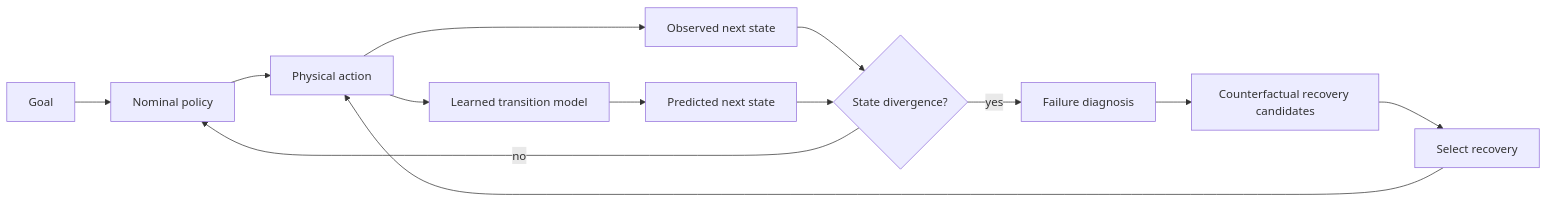
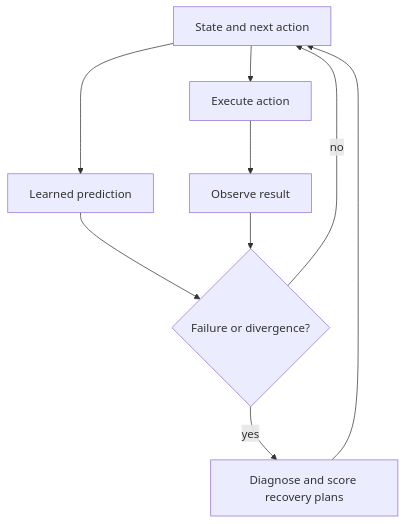
Before and after one commit to sylvesterkaczmarek/self-healing-embodied-agents: the diagram in README.md, drawn with Mermaid. The commit also changed other lines of this file and 40 other files, not shown here.

````diff
--- a/README.md
+++ b/README.md
@@ -16,15 +16,11 @@
 ```mermaid
-flowchart LR
-    A[Goal] --> B[Nominal policy]
-    B --> C[Physical action]
-    C --> D[Observed next state]
-    C --> E[Learned transition model]
-    E --> F[Predicted next state]
-    D --> G{State divergence?}
-    F --> G
-    G -- no --> B
-    G -- yes --> H[Failure diagnosis]
-    H --> I[Counterfactual recovery candidates]
-    I --> J[Select recovery]
-    J --> C
+flowchart TD
+    A[State and next action] --> B[Learned prediction]
+    A --> C[Execute action]
+    C --> D[Observe result]
+    B --> E{Failure or divergence?}
+    D --> E
+    E -- no --> A
+    E -- yes --> F[Diagnose and score recovery plans]
+    F --> A
 ```
````
